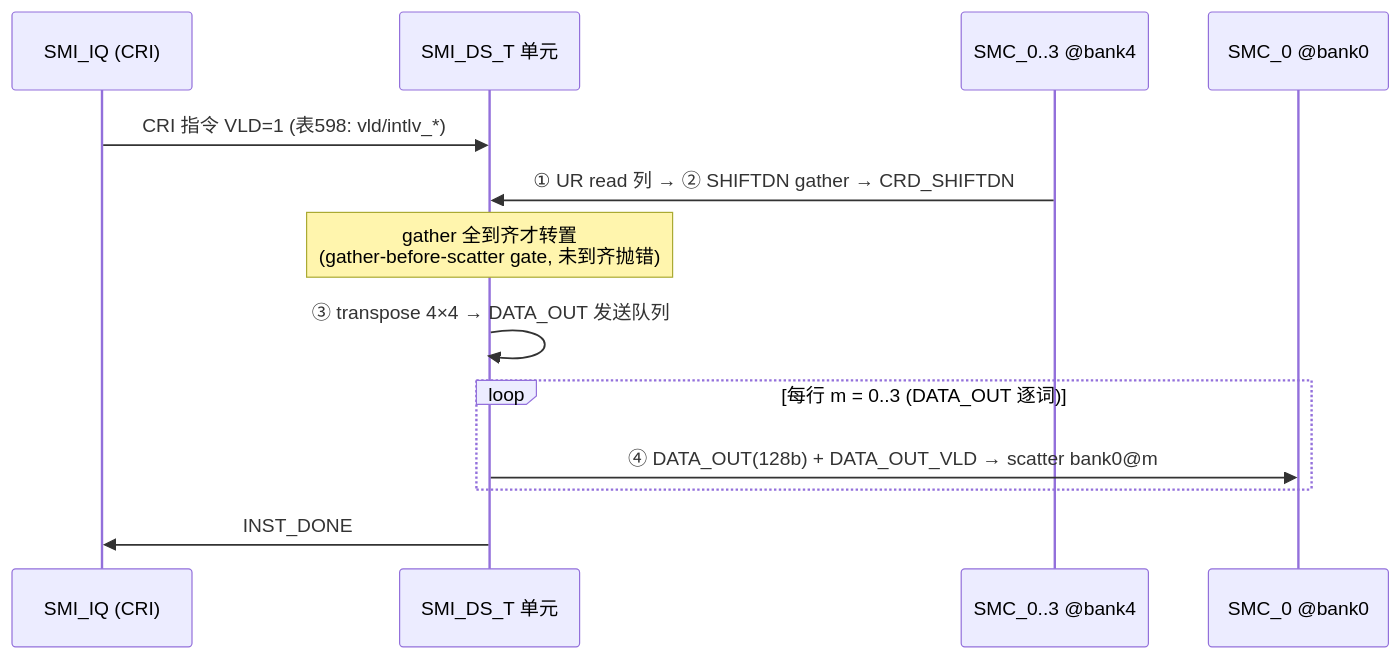
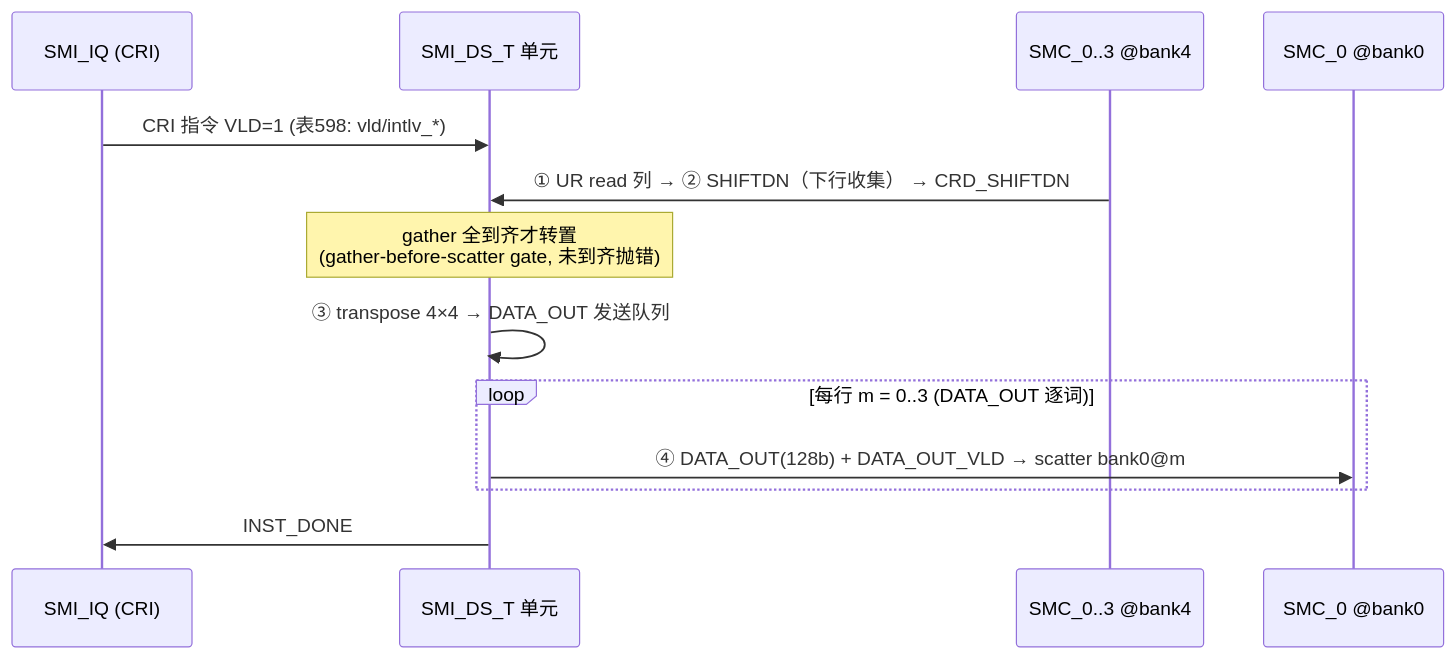
One commit to LSy3011/Allwork changed the second of 3 diagrams in docs/spec/matmul_q_dst-dataflow-vcs.md. Above: the diagram before and after it, drawn with Mermaid. The commit also changed other lines of this file and 10 other files, not shown here.

First line of the commit message:
refactor(adr-036): scatter/gather 正名 — 非硬件单元，真硬件 = SHIFTUP broadcast / SHIFTDN

````diff
--- a/docs/spec/matmul_q_dst-dataflow-vcs.md
+++ b/docs/spec/matmul_q_dst-dataflow-vcs.md
@@ -70,15 +70,15 @@
 ```mermaid
 sequenceDiagram
     participant IQ as SMI_IQ (CRI)
     participant U as SMI_DS_T 单元
     participant SMC as SMC_0..3 @bank4
     participant B0 as SMC_0 @bank0
     IQ->>U: CRI 指令 VLD=1 (表598: vld/intlv_*)
-    SMC->>U: ① UR read 列 → ② SHIFTDN gather → CRD_SHIFTDN
+    SMC->>U: ① UR read 列 → ② SHIFTDN（下行收集） → CRD_SHIFTDN
     Note over U: gather 全到齐才转置<br/>(gather-before-scatter gate, 未到齐抛错)
     U->>U: ③ transpose 4×4 → DATA_OUT 发送队列
     loop 每行 m = 0..3 (DATA_OUT 逐词)
         U->>B0: ④ DATA_OUT(128b) + DATA_OUT_VLD → scatter bank0@m
     end
     U->>IQ: INST_DONE
 ```
````
